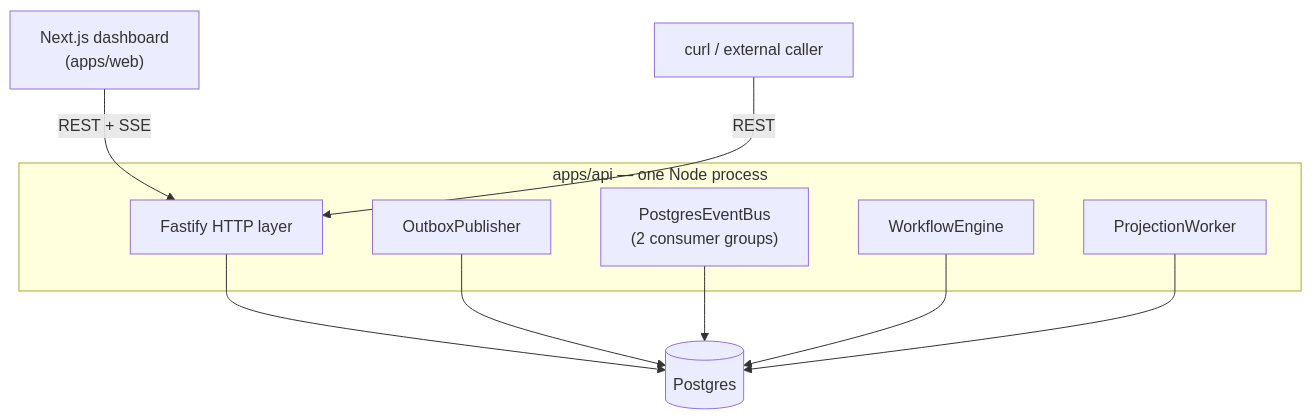
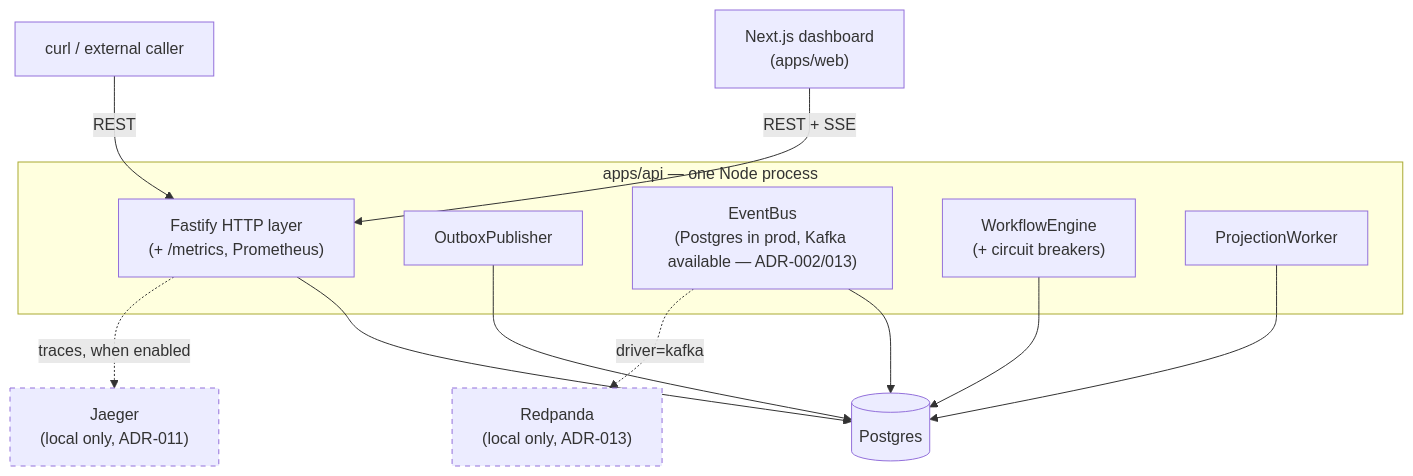
Before and after one commit to matucs/LiveOps: the diagram in README.md, drawn with Mermaid. The commit also changed other lines of this file and 1 other file, not shown here.

First line of the commit message:
Update README and container diagram for V2 completion

````diff
--- a/README.md
+++ b/README.md
@@ -39,18 +52,25 @@
 ```mermaid
 flowchart TB
     Browser["Next.js dashboard<br/>(apps/web)"] -- "REST + SSE" --> HTTP
     Caller["curl / external caller"] -- "REST" --> HTTP
     subgraph API["apps/api — one Node process"]
-        HTTP["Fastify HTTP layer"]
+        HTTP["Fastify HTTP layer<br/>(+ /metrics, Prometheus)"]
         Outbox["OutboxPublisher"]
-        Bus["PostgresEventBus<br/>(2 consumer groups)"]
-        Engine["WorkflowEngine"]
+        Bus["EventBus<br/>(Postgres in prod, Kafka available — ADR-002/013)"]
+        Engine["WorkflowEngine<br/>(+ circuit breakers)"]
         Proj["ProjectionWorker"]
     end
     PG[("Postgres")]
+    Jaeger["Jaeger<br/>(local only, ADR-011)"]
+    Kafka["Redpanda<br/>(local only, ADR-013)"]
     HTTP --> PG
     Outbox --> PG
     Bus --> PG
     Engine --> PG
     Proj --> PG
+    HTTP -.->|"traces, when enabled"| Jaeger
+    Bus -.->|"driver=kafka"| Kafka
+
+    style Jaeger stroke-dasharray: 5 5
+    style Kafka stroke-dasharray: 5 5
 ```
````
